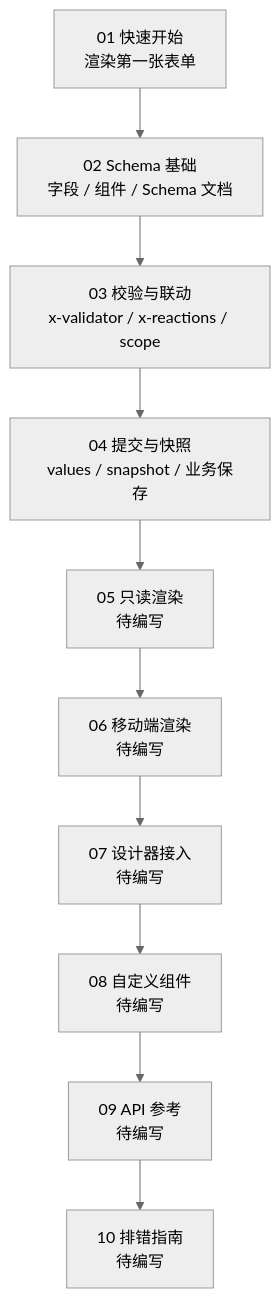
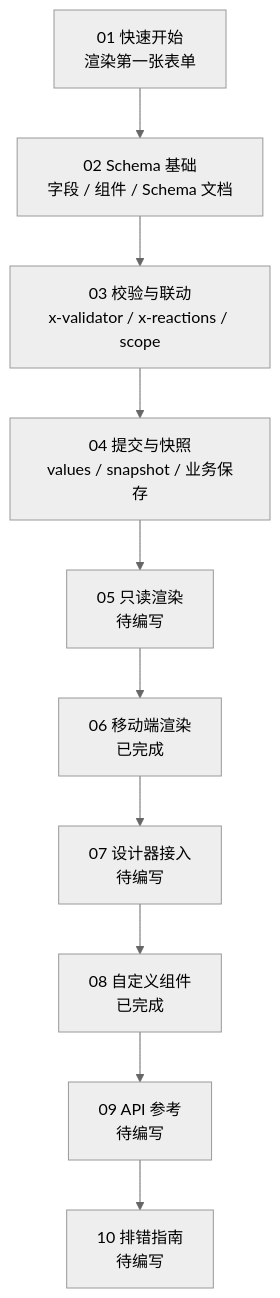
Before and after one commit to foxi-ui/x-form-engine: the diagram in docs/guide/README.md, drawn with Mermaid (neutral theme). The commit also changed other lines of this file and 3 other files, not shown here.

````diff
--- a/docs/guide/README.md
+++ b/docs/guide/README.md
@@ -24,12 +24,12 @@
 ```mermaid
 flowchart TD
   A["01 快速开始<br/>渲染第一张表单"] --> B["02 Schema 基础<br/>字段 / 组件 / Schema 文档"]
   B --> C["03 校验与联动<br/>x-validator / x-reactions / scope"]
   C --> D["04 提交与快照<br/>values / snapshot / 业务保存"]
   D --> E["05 只读渲染<br/>待编写"]
-  E --> F["06 移动端渲染<br/>待编写"]
+  E --> F["06 移动端渲染<br/>已完成"]
   F --> G["07 设计器接入<br/>待编写"]
-  G --> H["08 自定义组件<br/>待编写"]
+  G --> H["08 自定义组件<br/>已完成"]
   H --> I["09 API 参考<br/>待编写"]
   I --> J["10 排错指南<br/>待编写"]
 ```
````
